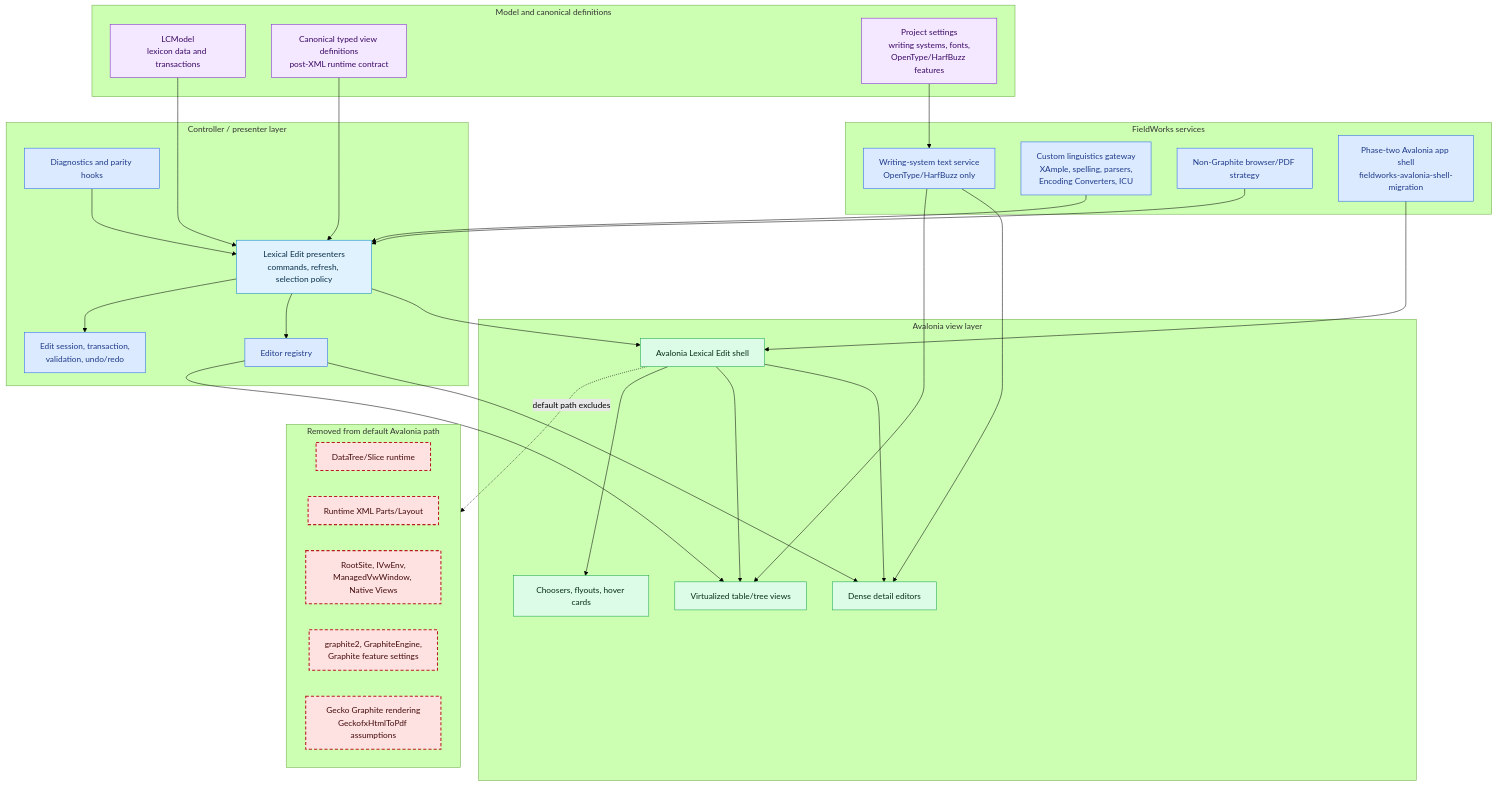
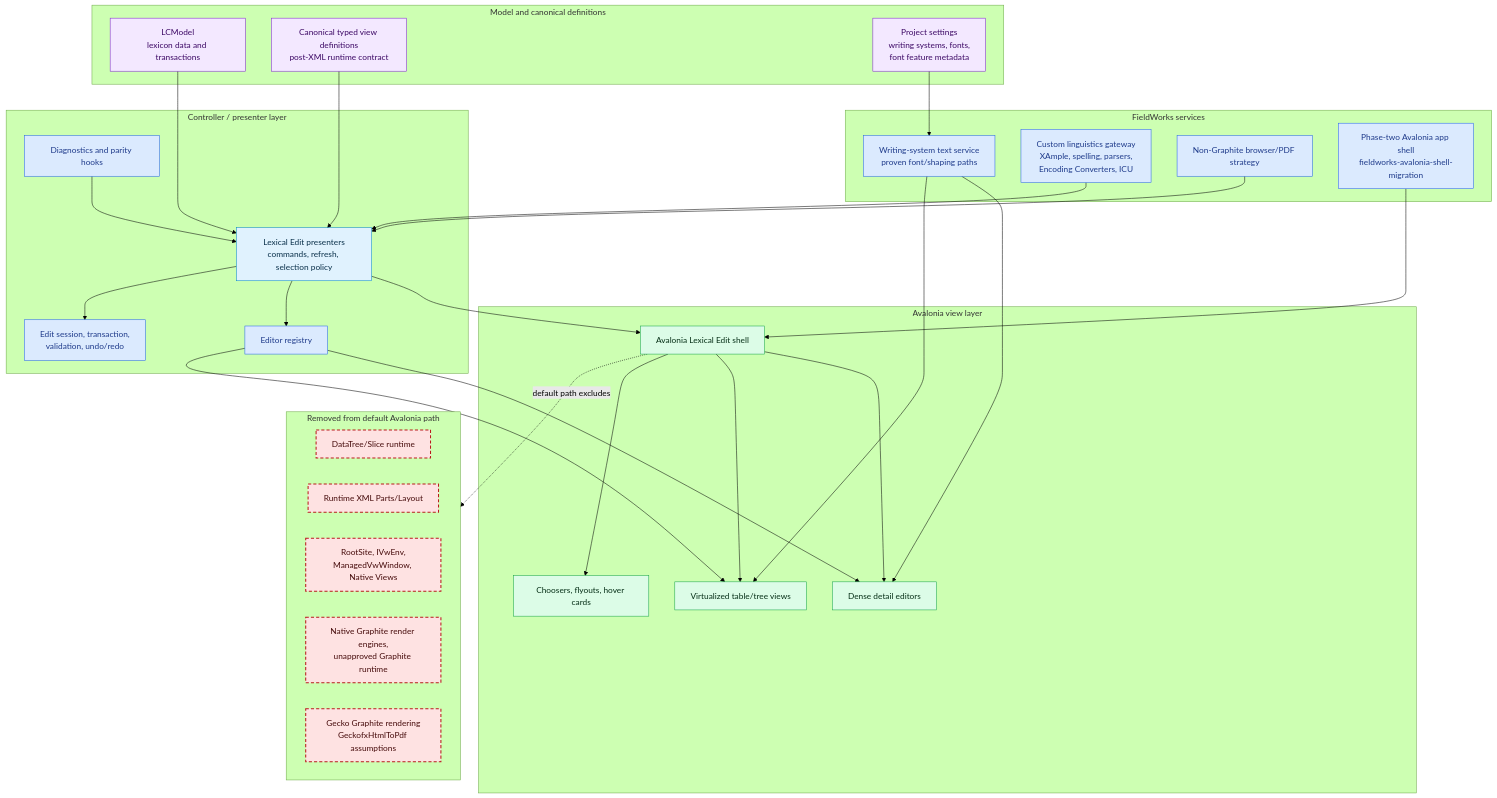
The sixth of 6 diagrams in openspec/changes/lexical-edit-avalonia-migration/architecture-diagrams.md (sillsdev/FieldWorks), drawn with Mermaid (forest theme) before and after one commit. The commit also changed other lines of this file and 25 other files, not shown here.

````diff
--- a/openspec/changes/lexical-edit-avalonia-migration/architecture-diagrams.md
+++ b/openspec/changes/lexical-edit-avalonia-migration/architecture-diagrams.md
@@ -309,62 +309,62 @@
 ```mermaid
 flowchart TB
   subgraph ModelLayer["Model and canonical definitions"]
     LCModel["LCModel<br/>lexicon data and transactions"]:::model
     Canonical["Canonical typed view definitions<br/>post-XML runtime contract"]:::model
-    ProjectSettings["Project settings<br/>writing systems, fonts,<br/>OpenType/HarfBuzz features"]:::model
+    ProjectSettings["Project settings<br/>writing systems, fonts,<br/>font feature metadata"]:::model
   end
 
   subgraph ControllerLayer["Controller / presenter layer"]
     Presenter["Lexical Edit presenters<br/>commands, refresh, selection policy"]:::controller
     EditorRegistry["Editor registry"]:::port
     Transaction["Edit session, transaction,<br/>validation, undo/redo"]:::port
     Diagnostics["Diagnostics and parity hooks"]:::port
   end
 
   subgraph ViewLayer["Avalonia view layer"]
     Shell["Avalonia Lexical Edit shell"]:::future
     Detail["Dense detail editors"]:::future
     Tables["Virtualized table/tree views"]:::future
     Popups["Choosers, flyouts, hover cards"]:::future
   end
 
   subgraph ServiceLayer["FieldWorks services"]
-    Text["Writing-system text service<br/>OpenType/HarfBuzz only"]:::port
+    Text["Writing-system text service<br/>proven font/shaping paths"]:::port
     Linguistics["Custom linguistics gateway<br/>XAmple, spelling, parsers,<br/>Encoding Converters, ICU"]:::port
     BrowserPdf["Non-Graphite browser/PDF strategy"]:::port
     ShellPhase["Phase-two Avalonia app shell<br/>fieldworks-avalonia-shell-migration"]:::port
   end
 
   subgraph Decommissioned["Removed from default Avalonia path"]
     DataTree["DataTree/Slice runtime"]:::decom
     XMLRuntime["Runtime XML Parts/Layout"]:::decom
     NativeViews["RootSite, IVwEnv,<br/>ManagedVwWindow, Native Views"]:::decom
-    Graphite["graphite2, GraphiteEngine,<br/>Graphite feature settings"]:::decom
+    Graphite["Native Graphite render engines,<br/>unapproved Graphite runtime"]:::decom
     Gecko["Gecko Graphite rendering<br/>GeckofxHtmlToPdf assumptions"]:::decom
   end
 
   LCModel --> Presenter
   Canonical --> Presenter
   ProjectSettings --> Text
   Presenter --> Shell
   Presenter --> EditorRegistry
   Presenter --> Transaction
   Shell --> Detail
   Shell --> Tables
   Shell --> Popups
   EditorRegistry --> Detail
   EditorRegistry --> Tables
   Text --> Detail
   Text --> Tables
   Linguistics --> Presenter
   BrowserPdf --> Presenter
   ShellPhase --> Shell
   Diagnostics --> Presenter
   Shell -. default path excludes .-> Decommissioned
 
   classDef model fill:#f3e8ff,stroke:#7e22ce,color:#3b0764;
   classDef controller fill:#e0f2fe,stroke:#0284c7,color:#082f49;
   classDef port fill:#dbeafe,stroke:#2563eb,color:#1e3a8a;
   classDef future fill:#dcfce7,stroke:#16a34a,color:#052e16;
   classDef decom fill:#fee2e2,stroke:#b91c1c,stroke-width:2px,stroke-dasharray: 6 4,color:#450a0a;
 ```
````
